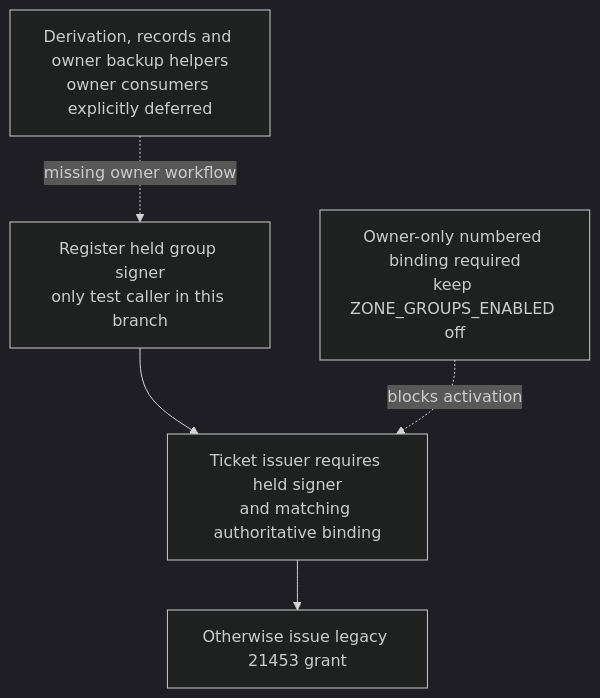
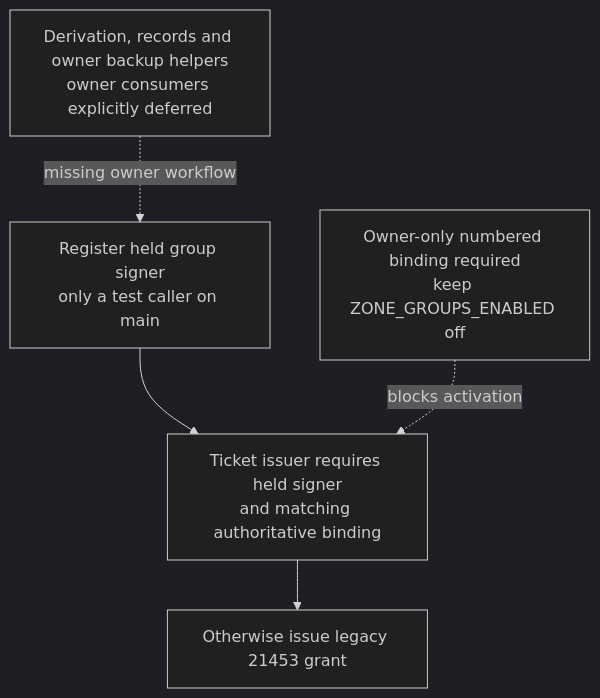
One commit to DreamLab-AI/VisionFlow changed the first of 6 diagrams in docs/diagrams/nostr-rust-forum/28-nip171-owner-recovery-and-ticket-contracts.md. Above: the diagram before and after it, drawn with Mermaid (dark theme). The commit also changed other lines of this file, not shown here.

First line of the commit message:
docs(diagrams): re-derive NF-28 from main at nostr-rust-forum af4f0d5

````diff
--- a/docs/diagrams/nostr-rust-forum/28-nip171-owner-recovery-and-ticket-contracts.md
+++ b/docs/diagrams/nostr-rust-forum/28-nip171-owner-recovery-and-ticket-contracts.md
@@ -35,16 +37,16 @@
 ```mermaid
 flowchart TB
     %% Source: ../nostr-rust-forum/crates/nostr-bbs-forum-client/src/zone_crypto/nip171.rs:19
     P["Derivation, records and owner backup helpers<br/>owner consumers explicitly deferred"]
-    %% Source: ../nostr-rust-forum/crates/nostr-bbs-forum-client/src/zone_crypto/tickets.rs:573
-    H["Register held group signer<br/>only test caller in this branch"]
-    %% Source: ../nostr-rust-forum/crates/nostr-bbs-forum-client/src/zone_crypto/tickets.rs:597
+    %% Source: ../nostr-rust-forum/crates/nostr-bbs-forum-client/src/zone_crypto/tickets.rs:574
+    H["Register held group signer<br/>only a test caller on main"]
+    %% Source: ../nostr-rust-forum/crates/nostr-bbs-forum-client/src/zone_crypto/tickets.rs:605
     I["Ticket issuer requires held signer<br/>and matching authoritative binding"]
-    %% Source: ../nostr-rust-forum/crates/nostr-bbs-forum-client/src/zone_crypto/auto_grant.rs:255
+    %% Source: ../nostr-rust-forum/crates/nostr-bbs-forum-client/src/zone_crypto/auto_grant.rs:261
     F["Otherwise issue legacy 21453 grant"]
     %% Source: ../nostr-rust-forum/docs/adr/ADR-2028-zones-adopt-nip171-key-plane.md:132
     B["Owner-only numbered binding required<br/>keep ZONE_GROUPS_ENABLED off"]
     P -. missing owner workflow .-> H --> I
     I --> F
     B -. blocks activation .-> I
 ```
````
